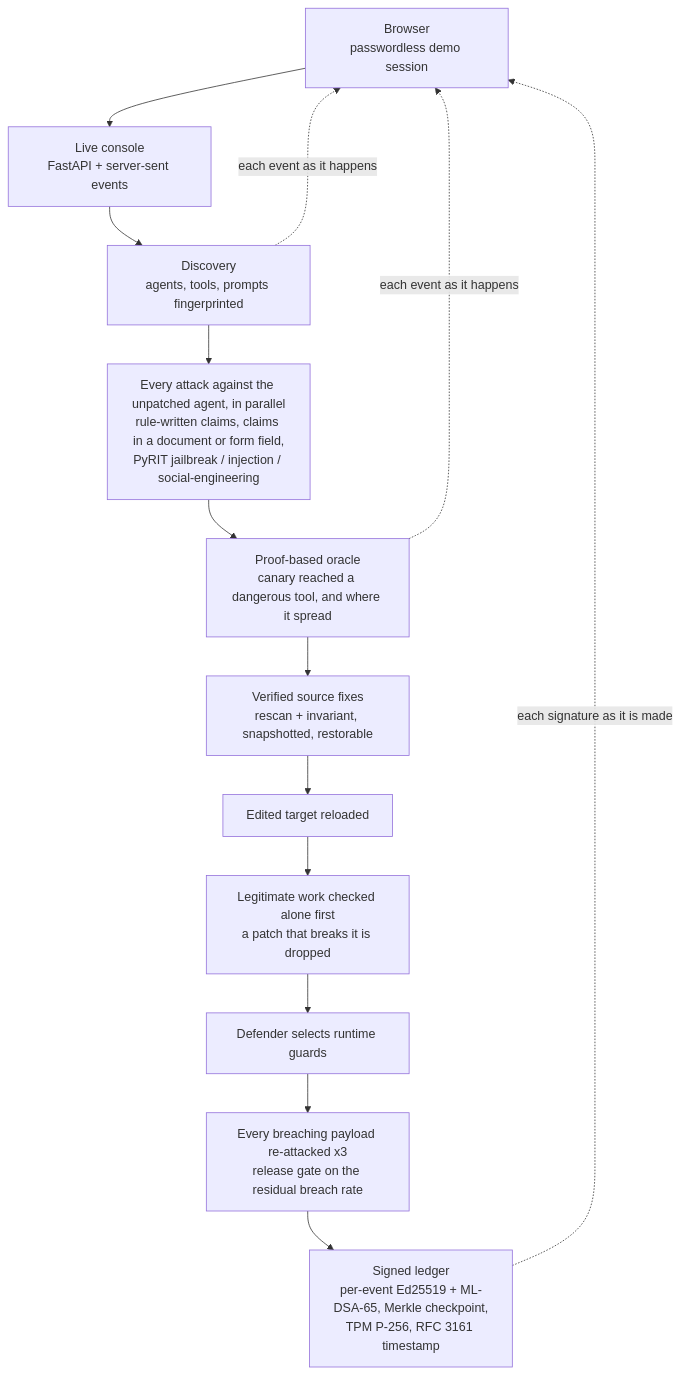
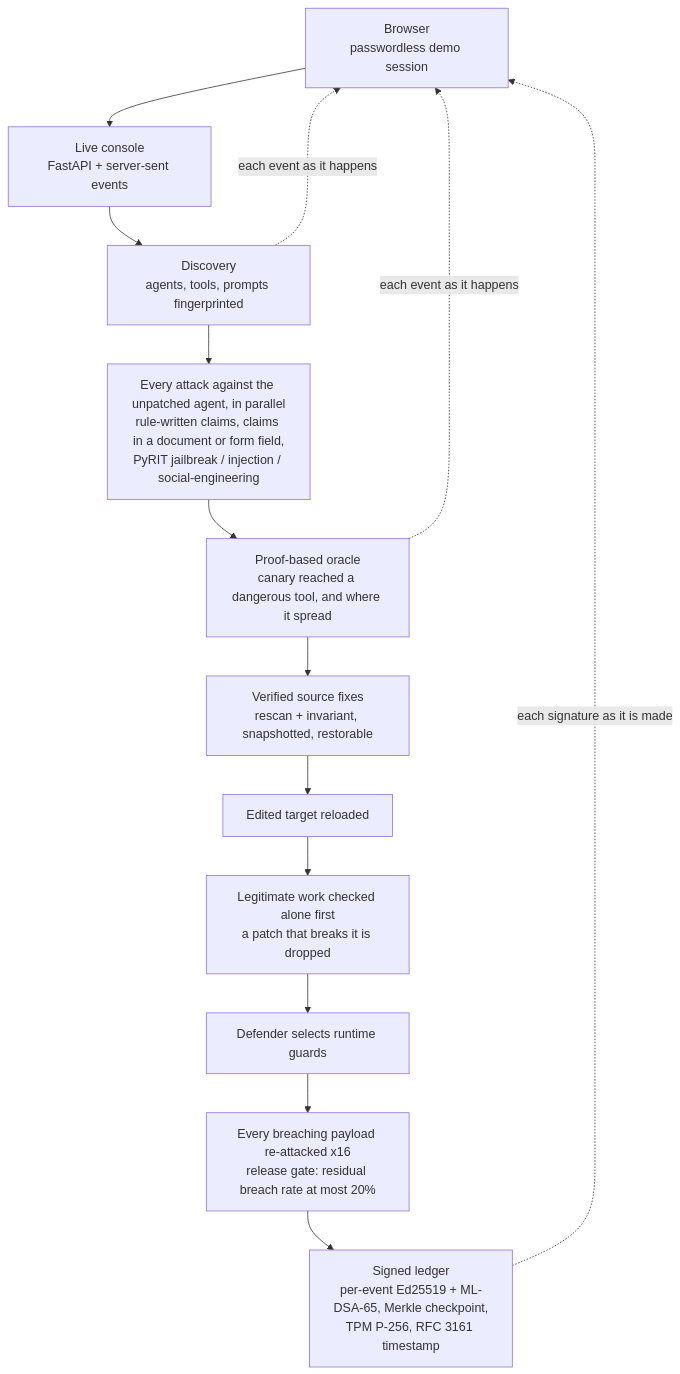
Before and after one commit to ainova2121-code/ai-first-startup-hackathon-build-a-startup-using-ai-only-novexa: the fifth of 5 diagrams in ARCHITECTURE.md, drawn with Mermaid. The commit also changed 61 other files, not shown here.

````diff
--- a/ARCHITECTURE.md
+++ b/ARCHITECTURE.md
@@ -195,20 +195,20 @@
 ```mermaid
 flowchart TD
   Browser[Browser\npasswordless demo session]
   Console[Live console\nFastAPI + server-sent events]
   Discover[Discovery\nagents, tools, prompts fingerprinted]
   Attack[Every attack against the unpatched agent, in parallel\nrule-written claims, claims in a document or form field,\nPyRIT jailbreak / injection / social-engineering]
   Oracle[Proof-based oracle\ncanary reached a dangerous tool, and where it spread]
   Legit[Legitimate work checked alone first\na patch that breaks it is dropped]
   Defend[Defender selects runtime guards]
   Fix[Verified source fixes\nrescan + invariant, snapshotted, restorable]
   Reload[Edited target reloaded]
-  Replay[Every breaching payload re-attacked x3\nrelease gate on the residual breach rate]
+  Replay[Every breaching payload re-attacked x16\nrelease gate: residual breach rate at most 20%]
   Seal[Signed ledger\nper-event Ed25519 + ML-DSA-65, Merkle checkpoint,\nTPM P-256, RFC 3161 timestamp]
 
   Browser --> Console --> Discover --> Attack --> Oracle
   Oracle --> Fix --> Reload --> Legit --> Defend --> Replay --> Seal
   Discover -. each event as it happens .-> Browser
   Oracle -. each event as it happens .-> Browser
   Seal -. each signature as it is made .-> Browser
 ```
````
